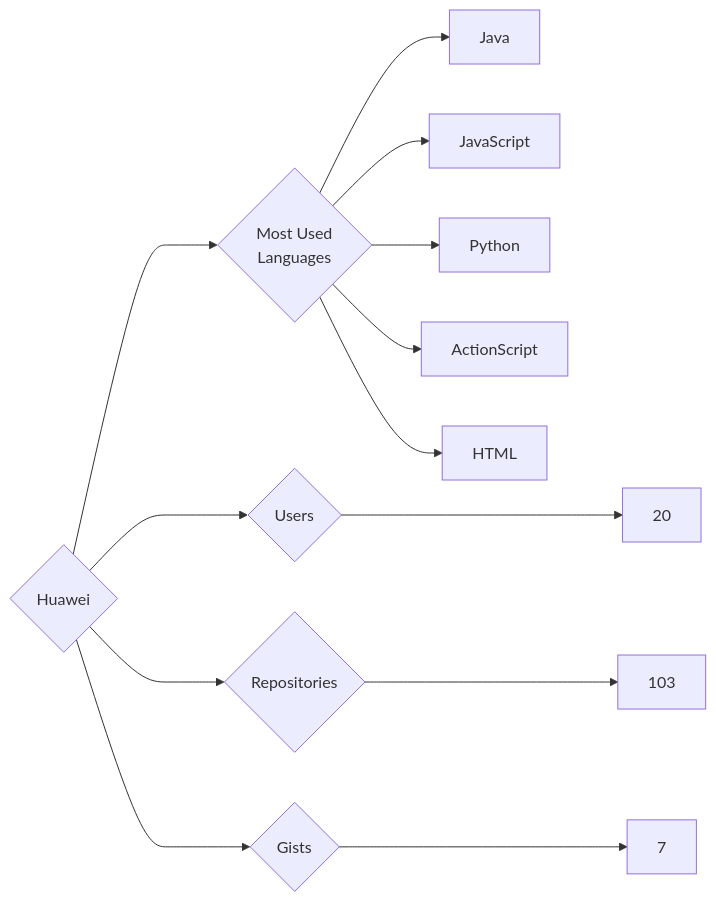
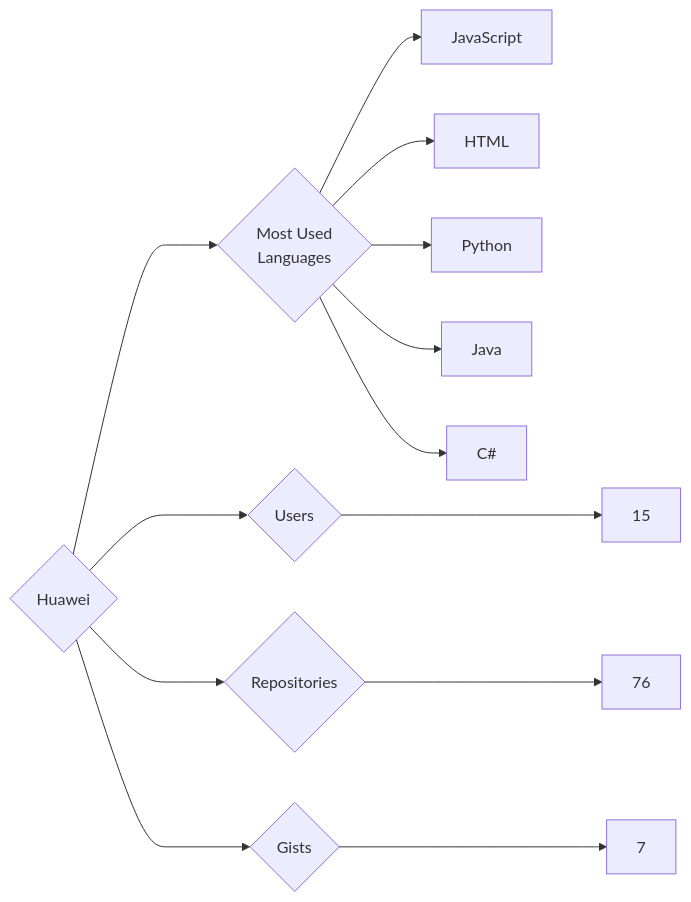
The diagram in targets/Huawei/README.md (trickest/insiders), drawn with Mermaid before and after one commit. The commit also changed 1195 other files, not shown here.

````diff
--- a/targets/Huawei/README.md
+++ b/targets/Huawei/README.md
@@ -3,13 +3,13 @@
 ```mermaid
 graph LR
 COMPANY_NAME{Huawei}
-COMPANY_NAME ---> U{Users} ---> UN[20]
-COMPANY_NAME ---> R{Repositories} ---> RN[103]
+COMPANY_NAME ---> U{Users} ---> UN[15]
+COMPANY_NAME ---> R{Repositories} ---> RN[76]
 COMPANY_NAME ---> G{Gists} ---> GN[7]
 COMPANY_NAME ---> ML{Most Used<br>Languages}
+ML --> JavaScript[JavaScript]
+ML --> HTML[HTML]
+ML --> Python[Python]
 ML --> Java[Java]
-ML --> JavaScript[JavaScript]
-ML --> Python[Python]
-ML --> ActionScript[ActionScript]
-ML --> HTML[HTML]
+ML --> C#[C#]
 ```
````
